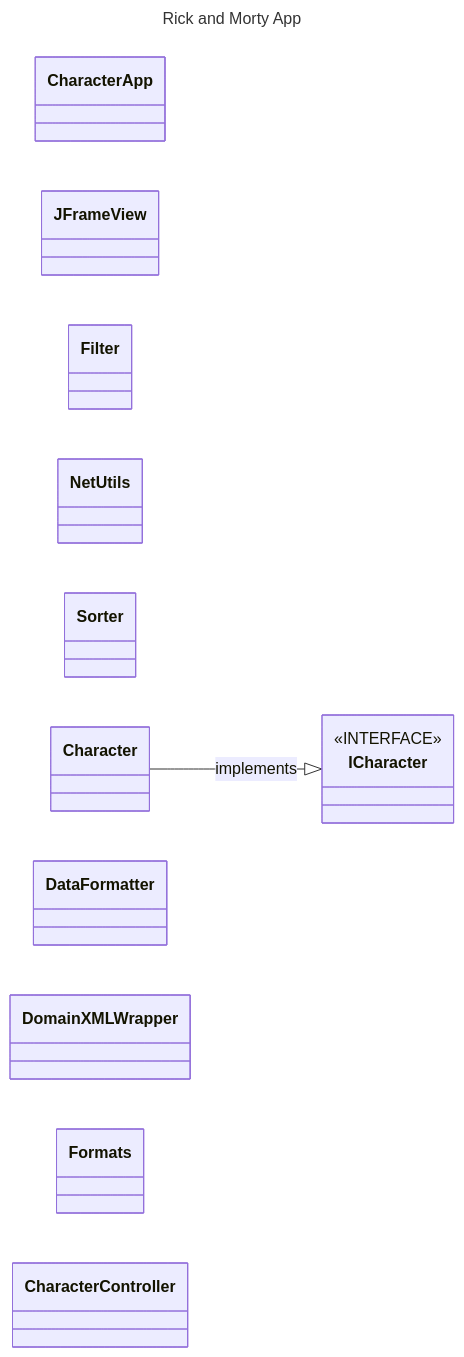
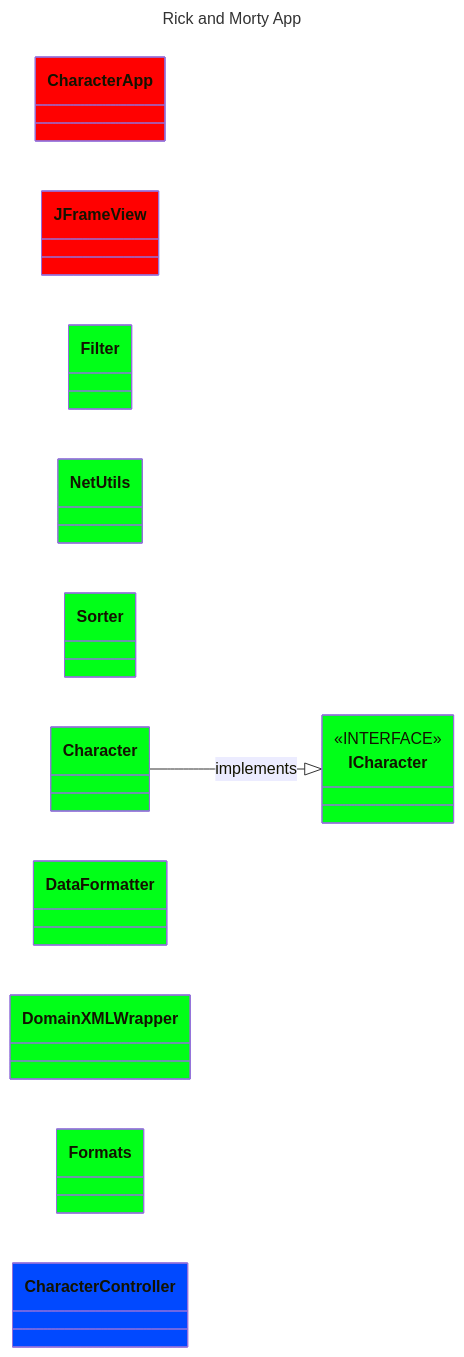
The diagram in DesignDocuments/InitialUML.md (Su24-CS5004-Online-Lionelle/final-project-group-10), drawn with Mermaid before and after one commit.

````diff
--- a/DesignDocuments/InitialUML.md
+++ b/DesignDocuments/InitialUML.md
@@ -1,41 +1,54 @@
 ```mermaid
 ---
 title: Rick and Morty App
 ---
 classDiagram
     direction LR
     class CharacterApp{
         
  }
     class JFrameView{
         
  }
     class Filter{
         
     }
     class NetUtils{
         
     }
     class Sorter{
         
     }
     class Character{
         
     }
     Character --|> ICharacter: implements
     class ICharacter{
         <<INTERFACE>>
     }
     class DataFormatter{
         
     }
     class DomainXMLWrapper{
         
     }
     class Formats{
         
     }
     class CharacterController{
         
     }
+    style DataFormatter fill:#01FF18
+    style DomainXMLWrapper fill:#01FF18
+    style Formats fill:#01FF18
+    style NetUtils fill:#01FF18
+    style Sorter fill:#01FF18
+    style Character fill:#01FF18
+    style Filter fill:#01FF18
+    style ICharacter fill:#01FF18
+    style JFrameView fill: #FF0101
+    style CharacterApp fill: #FF0101
+    style CharacterController fill:#0149FF
+
+
 ```
````
